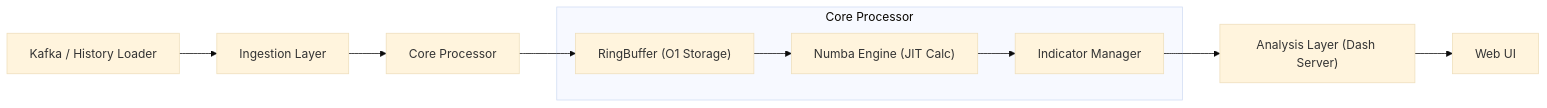
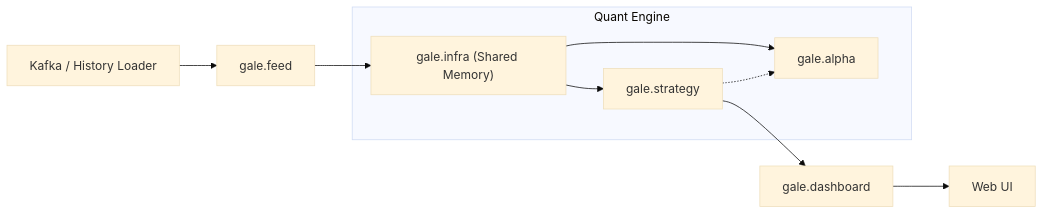
Before and after one commit to gman-quant/TXF-DayTradeDash: the diagram in README.md, drawn with Mermaid (base theme). The commit also changed other lines of this file and 22 other files, not shown here.

Commit message:
V1: Professional Quant Architecture

`````diff
--- a/README.md
+++ b/README.md
@@ -31,18 +39,14 @@
 ```mermaid
 graph LR
-    Kafka["Kafka / History Loader"] --> Consumer["Ingestion Layer"]
-    Consumer --> Core["Core Processor"]
+    Kafka["Kafka / History Loader"] --> Feed["gale.feed"]
+    Feed --> Infra["gale.infra (Shared Memory)"]
     
-    subgraph Core Processor
-        RingBuffer["RingBuffer (O1 Storage)"]
-        Numba["Numba Engine (JIT Calc)"]
-        Manager["Indicator Manager"]
+    subgraph Quant Engine
+        Infra --> Strategy["gale.strategy"]
+        Infra --> Alpha["gale.alpha"]
+        Strategy -.-> Alpha
     end
     
-    Core --> RingBuffer
-    RingBuffer --> Numba
-    Numba --> Manager
-    
-    Manager --> Dash["Analysis Layer (Dash Server)"]
-    Dash --> Browser["Web UI"]
-````
+    Strategy --> Dashboard["gale.dashboard"]
+    Dashboard --> Browser["Web UI"]
+```
`````
